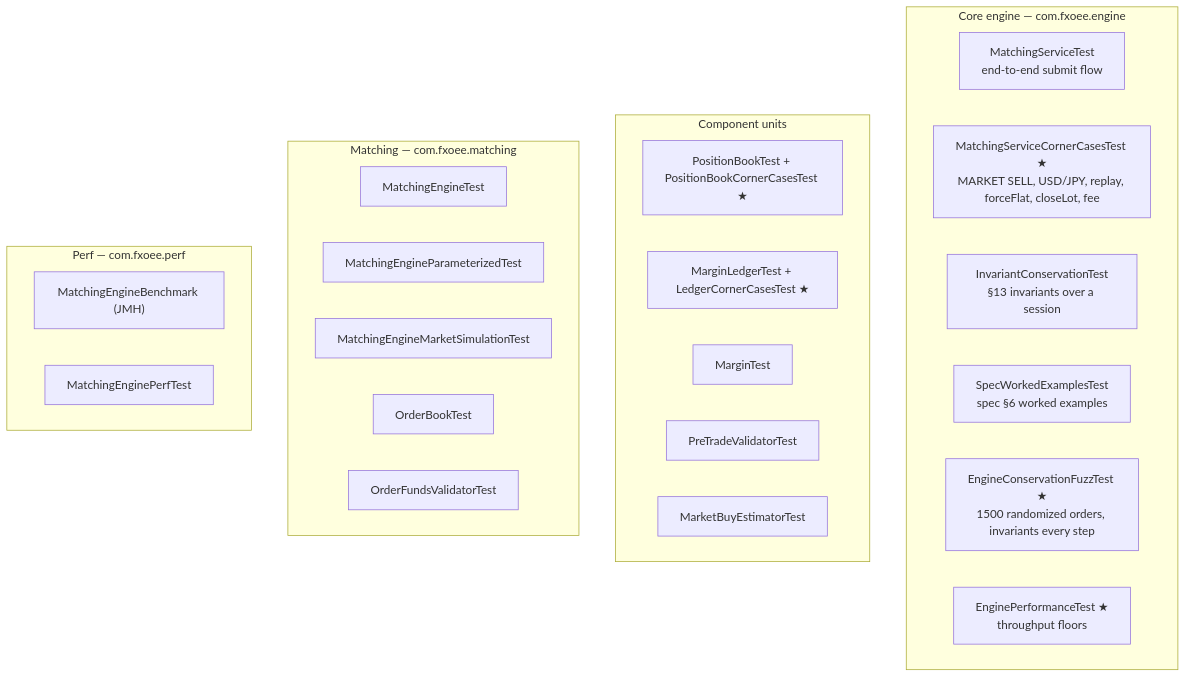
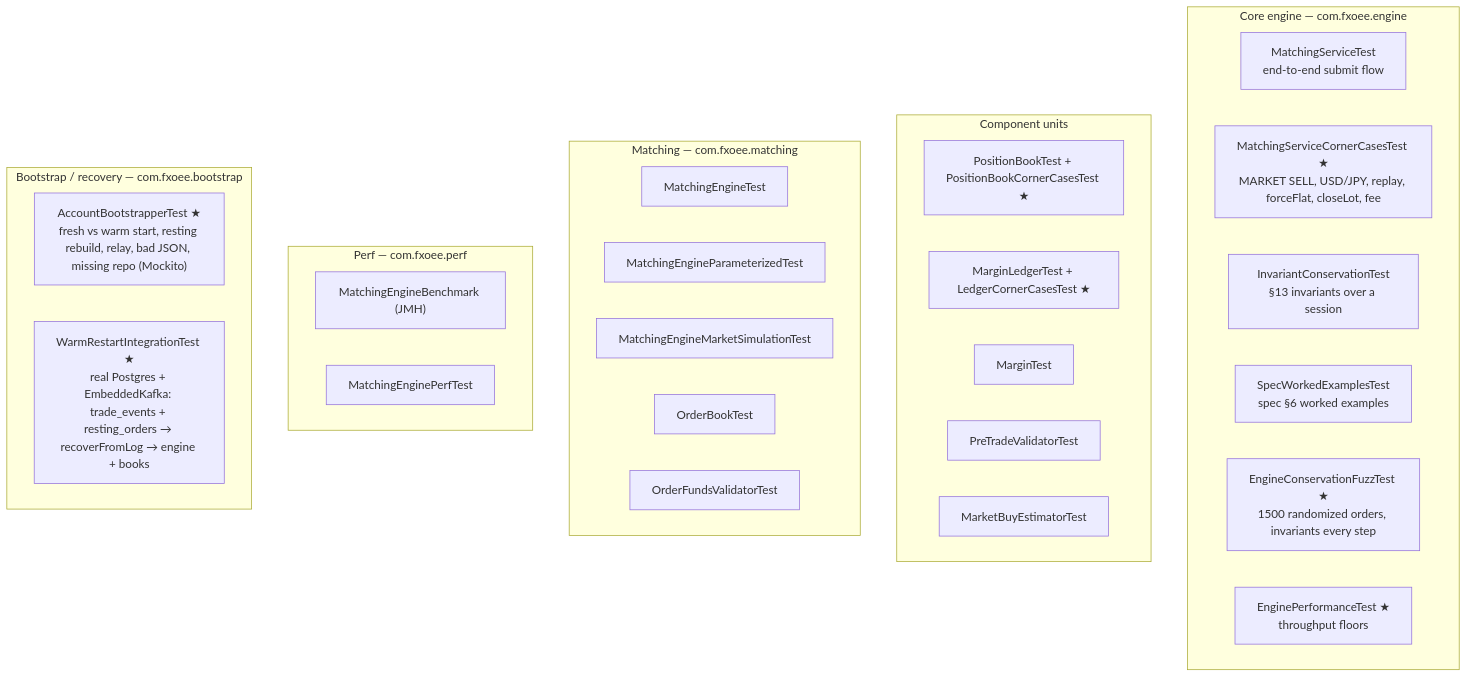
Before and after one commit to mc139/fx-oee-docs: the first of 2 diagrams in 08-testing.md, drawn with Mermaid. The commit also changed other lines of this file and 4 other files, not shown here.

````diff
--- a/08-testing.md
+++ b/08-testing.md
@@ -11,29 +11,33 @@
 ```mermaid
 flowchart TB
     subgraph core["Core engine — com.fxoee.engine"]
         c1["MatchingServiceTest<br/>end-to-end submit flow"]
         c2["MatchingServiceCornerCasesTest ★<br/>MARKET SELL, USD/JPY, replay, forceFlat, closeLot, fee"]
         c3["InvariantConservationTest<br/>§13 invariants over a session"]
         c4["SpecWorkedExamplesTest<br/>spec §6 worked examples"]
         c5["EngineConservationFuzzTest ★<br/>1500 randomized orders, invariants every step"]
         c6["EnginePerformanceTest ★<br/>throughput floors"]
     end
     subgraph units["Component units"]
         u1["PositionBookTest + PositionBookCornerCasesTest ★"]
         u2["MarginLedgerTest + LedgerCornerCasesTest ★"]
         u3["MarginTest"]
         u4["PreTradeValidatorTest"]
         u5["MarketBuyEstimatorTest"]
     end
     subgraph match["Matching — com.fxoee.matching"]
         m1["MatchingEngineTest"]
         m2["MatchingEngineParameterizedTest"]
         m3["MatchingEngineMarketSimulationTest"]
         m4["OrderBookTest"]
         m5["OrderFundsValidatorTest"]
     end
     subgraph perf["Perf — com.fxoee.perf"]
         p1["MatchingEngineBenchmark (JMH)"]
         p2["MatchingEnginePerfTest"]
     end
+    subgraph boot["Bootstrap / recovery — com.fxoee.bootstrap"]
+        b1["AccountBootstrapperTest ★<br/>fresh vs warm start, resting rebuild, relay, bad JSON, missing repo (Mockito)"]
+        b2["WarmRestartIntegrationTest ★<br/>real Postgres + EmbeddedKafka: trade_events + resting_orders → recoverFromLog → engine + books"]
+    end
 ```
````
